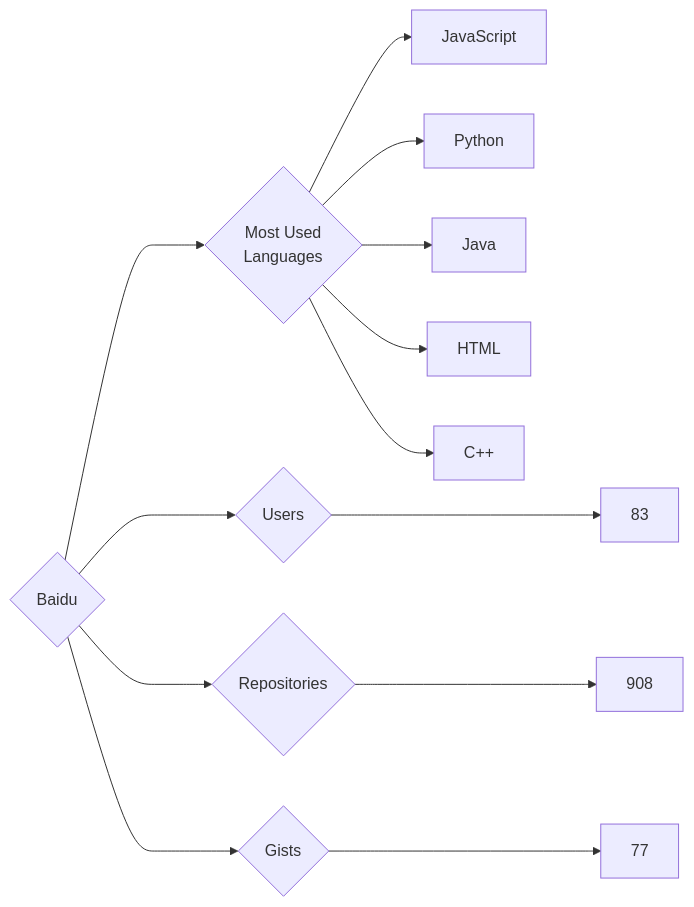
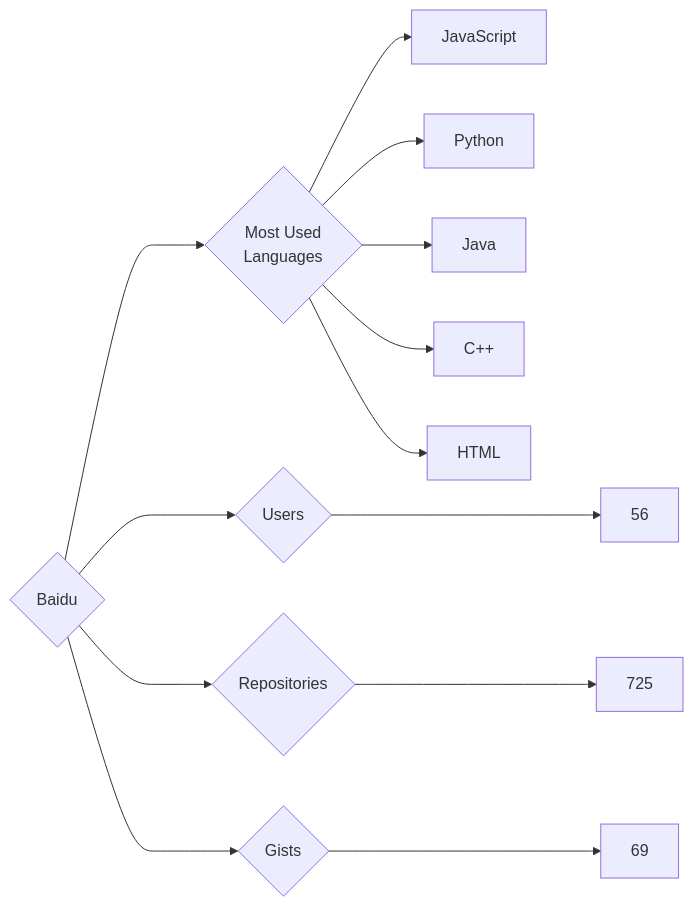
One commit to trickest/insiders changed the diagram in targets/Baidu/README.md. Above: the diagram before and after it, drawn with Mermaid. The commit also changed 970 other files, not shown here.

````diff
--- a/targets/Baidu/README.md
+++ b/targets/Baidu/README.md
@@ -3,13 +3,13 @@
 ```mermaid
 graph LR
 COMPANY_NAME{Baidu}
-COMPANY_NAME ---> U{Users} ---> UN[83]
-COMPANY_NAME ---> R{Repositories} ---> RN[908]
-COMPANY_NAME ---> G{Gists} ---> GN[77]
+COMPANY_NAME ---> U{Users} ---> UN[56]
+COMPANY_NAME ---> R{Repositories} ---> RN[725]
+COMPANY_NAME ---> G{Gists} ---> GN[69]
 COMPANY_NAME ---> ML{Most Used<br>Languages}
 ML --> JavaScript[JavaScript]
 ML --> Python[Python]
 ML --> Java[Java]
+ML --> C++[C++]
 ML --> HTML[HTML]
-ML --> C++[C++]
 ```
````
